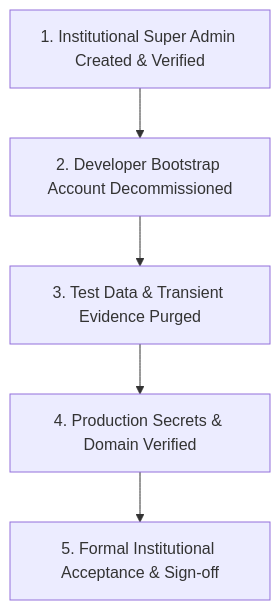
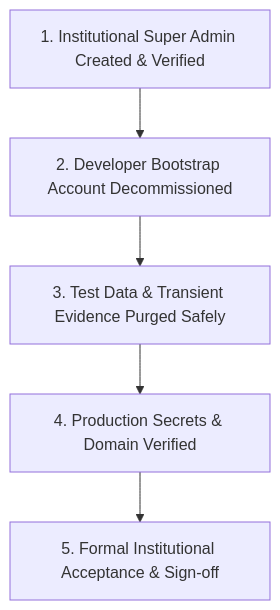
One commit to jsphhbna/egatepass changed the diagram in docs/CLEAN_DATA_HANDOFF.md. Above: the diagram before and after it, drawn with Mermaid. The commit also changed other lines of this file and 13 other files, not shown here.

Commit message:
docs(truthfulness): repair markdown formatting, mermaid blocks, and architectural truthfulness across all active documentation

````diff
--- a/docs/CLEAN_DATA_HANDOFF.md
+++ b/docs/CLEAN_DATA_HANDOFF.md
@@ -9,13 +9,13 @@
 ```mermaid
 flowchart TD
     SA[1. Institutional Super Admin Created & Verified]
     Dev[2. Developer Bootstrap Account Decommissioned]
-    Purge[3. Test Data & Transient Evidence Purged]
+    Purge[3. Test Data & Transient Evidence Purged Safely]
     Sec[4. Production Secrets & Domain Verified]
     Handoff[5. Formal Institutional Acceptance & Sign-off]
 
     SA --> Dev
     Dev --> Purge
     Purge --> Sec
     Sec --> Handoff
 ```
````
